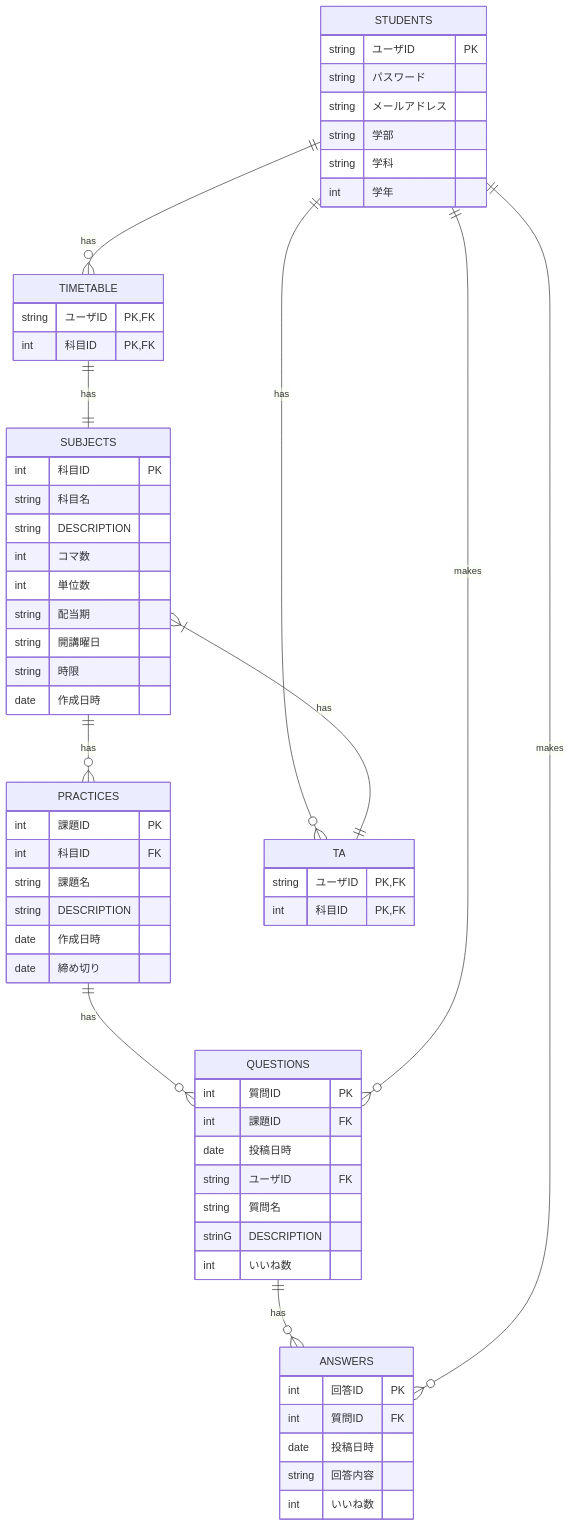
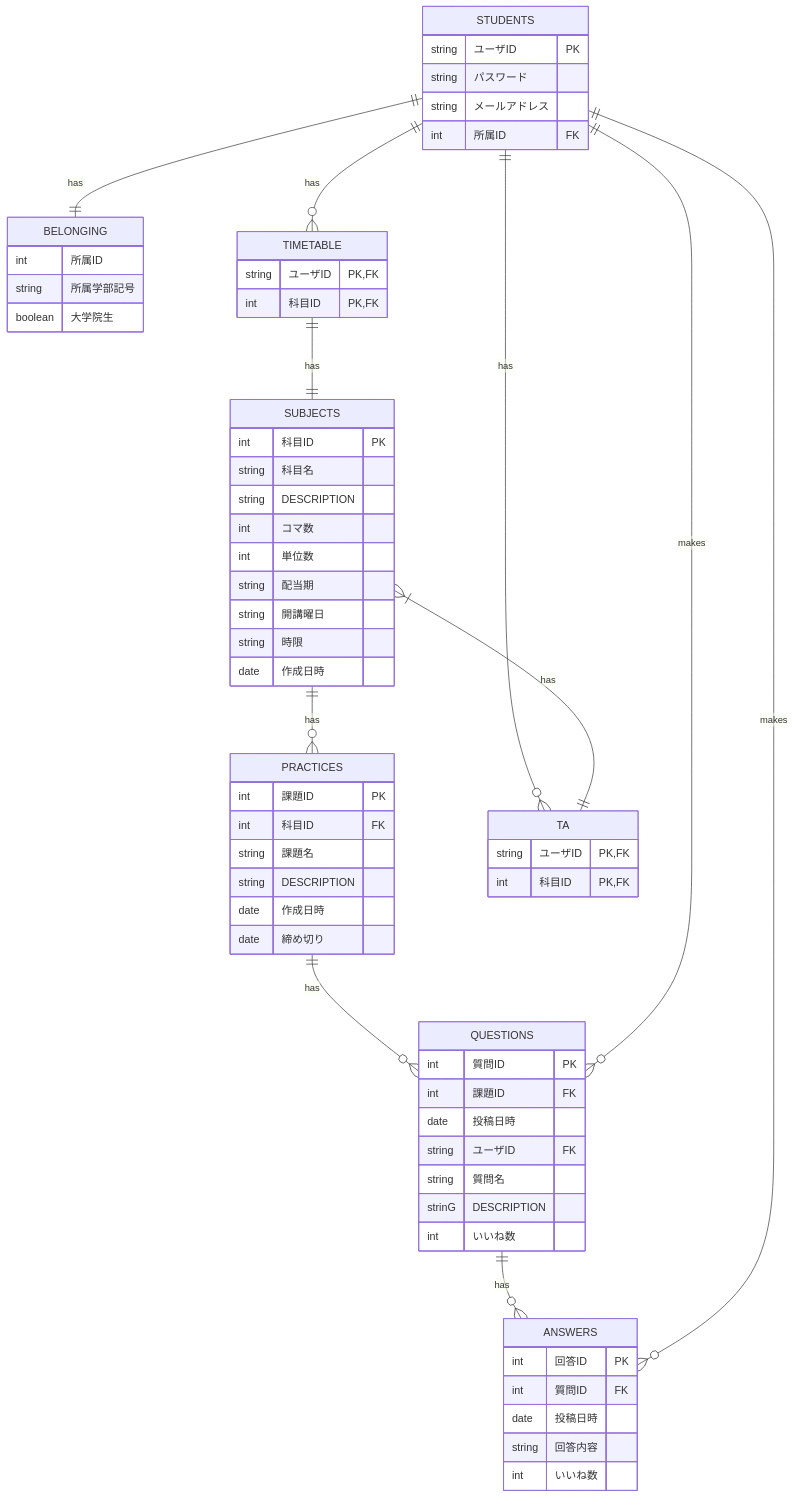
Before and after one commit to buhtiG27/ServerProgramming: the diagram in QandA_ER.md, drawn with Mermaid.

Commit message:
ER図に所属テーブルを追加

````diff
--- a/QandA_ER.md
+++ b/QandA_ER.md
@@ -3,70 +3,75 @@
 ```mermaid
     erDiagram
         STUDENTS {
             string ユーザID PK
             string パスワード
             string メールアドレス
-            string 学部
-            string 学科
-            int 学年
+            int 所属ID FK
+        }
+
+        BELONGING {
+            int 所属ID
+            string 所属学部記号
+            boolean 大学院生
         }
 
         SUBJECTS {
             int 科目ID PK
             string 科目名
             string DESCRIPTION
             int コマ数
             int 単位数
             string 配当期
             string 開講曜日
             string 時限
             date 作成日時
         }
 
         PRACTICES {
             int 課題ID PK
             int 科目ID FK
             string 課題名
             string DESCRIPTION
             date 作成日時
             date 締め切り
         }
 
         QUESTIONS {
             int 質問ID PK
             int 課題ID FK
             date 投稿日時
             string ユーザID FK
             string 質問名
             strinG DESCRIPTION
             int いいね数
         }
 
         ANSWERS {
             int 回答ID PK
             int 質問ID FK
             date 投稿日時
             string 回答内容
             int いいね数
         }
 
         TIMETABLE {
             string ユーザID PK,FK
             int 科目ID PK,FK
         }
 
         TA {
             string ユーザID PK,FK
             int 科目ID PK, FK
         }
 
         STUDENTS ||--o{ TIMETABLE : has
         TIMETABLE ||--|| SUBJECTS : has
         SUBJECTS ||--o{ PRACTICES : has
         PRACTICES ||--o{ QUESTIONS : has
         QUESTIONS ||--o{ ANSWERS : has
         STUDENTS ||--o{ QUESTIONS : makes
         STUDENTS ||--o{ ANSWERS : makes
+        STUDENTS ||--|| BELONGING : has
         STUDENTS ||--o{ TA : has
         SUBJECTS }|--|| TA : has
 ```
````
